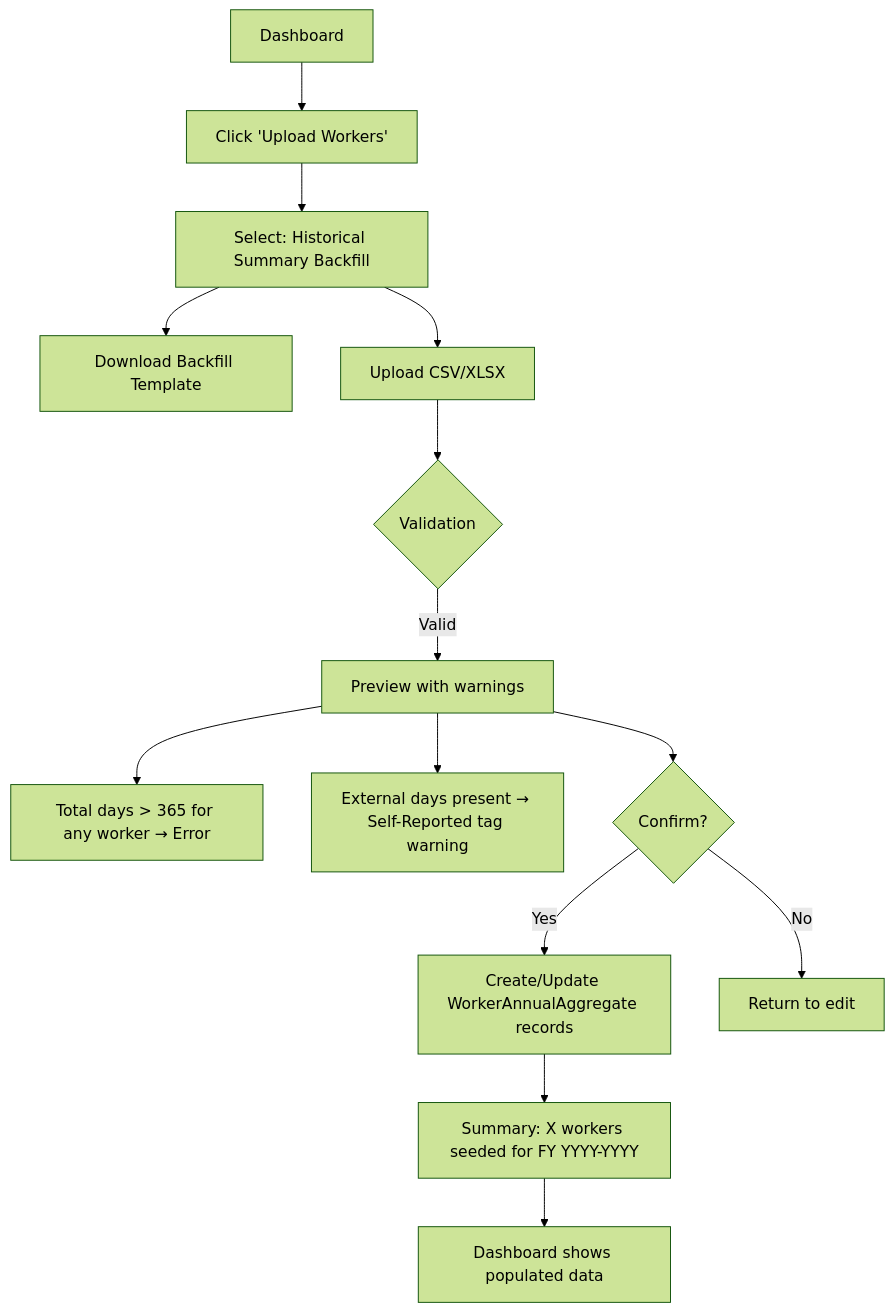
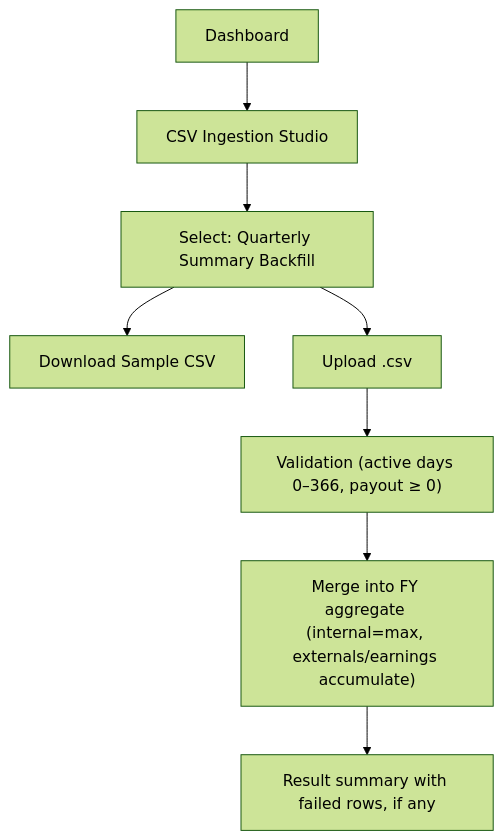
One commit to nonimousmusic/Gig-Worker-Social-Security-Compliance-Platform changed the third of 12 diagrams in docs/user_flows.md. Above: the diagram before and after it, drawn with Mermaid (forest theme). The commit also changed other lines of this file and 89 other files, not shown here.

````diff
--- a/docs/user_flows.md
+++ b/docs/user_flows.md
@@ -140,16 +109,10 @@
 ```mermaid
 flowchart TD
-    A["Dashboard"] --> B["Click 'Upload Workers'"]
-    B --> C["Select: Historical Summary Backfill"]
-    C --> D["Download Backfill Template"]
-    C --> E["Upload CSV/XLSX"]
-    E --> F{"Validation"}
-    F -->|Valid| G["Preview with warnings"]
-    G --> G1["Total days > 365 for any worker → Error"]
-    G --> G2["External days present → Self-Reported tag warning"]
-    G --> H{"Confirm?"}
-    H -->|Yes| I["Create/Update WorkerAnnualAggregate records"]
-    I --> J["Summary: X workers seeded for FY YYYY-YYYY"]
-    J --> K["Dashboard shows populated data"]
-    H -->|No| L["Return to edit"]
+    A["Dashboard"] --> B["CSV Ingestion Studio"]
+    B --> C["Select: Quarterly Summary Backfill"]
+    C --> D["Download Sample CSV"]
+    C --> E["Upload .csv"]
+    E --> F["Validation (active days 0–366, payout ≥ 0)"]
+    F --> G["Merge into FY aggregate (internal=max, externals/earnings accumulate)"]
+    G --> H["Result summary with failed rows, if any"]
 ```
````
